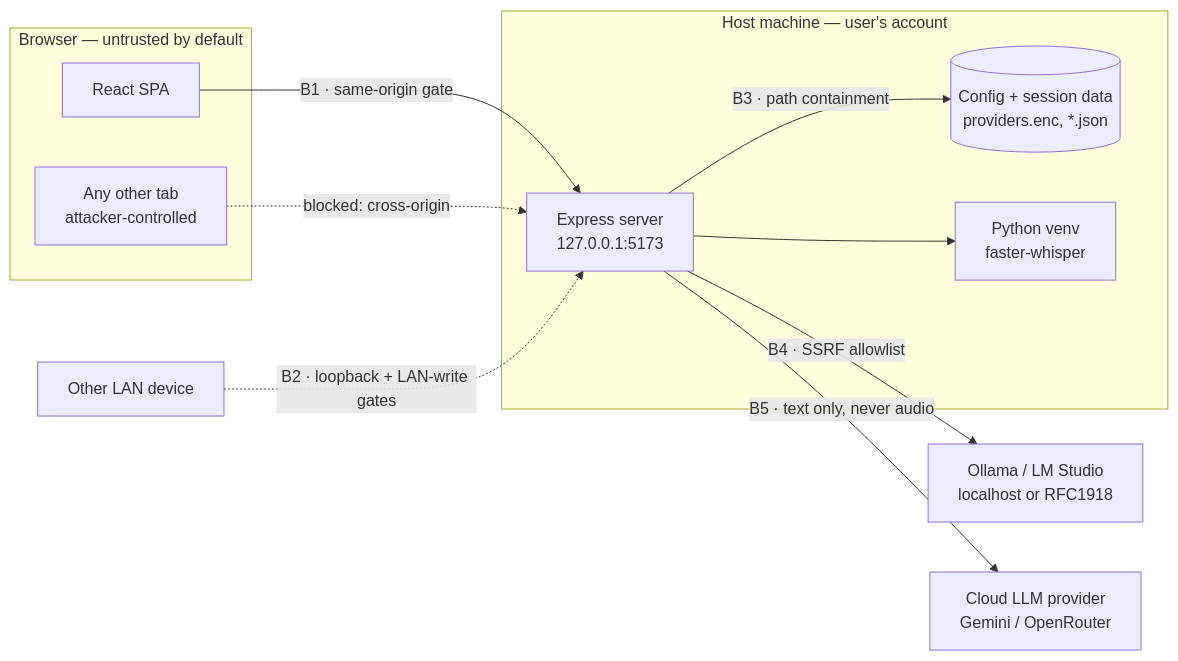
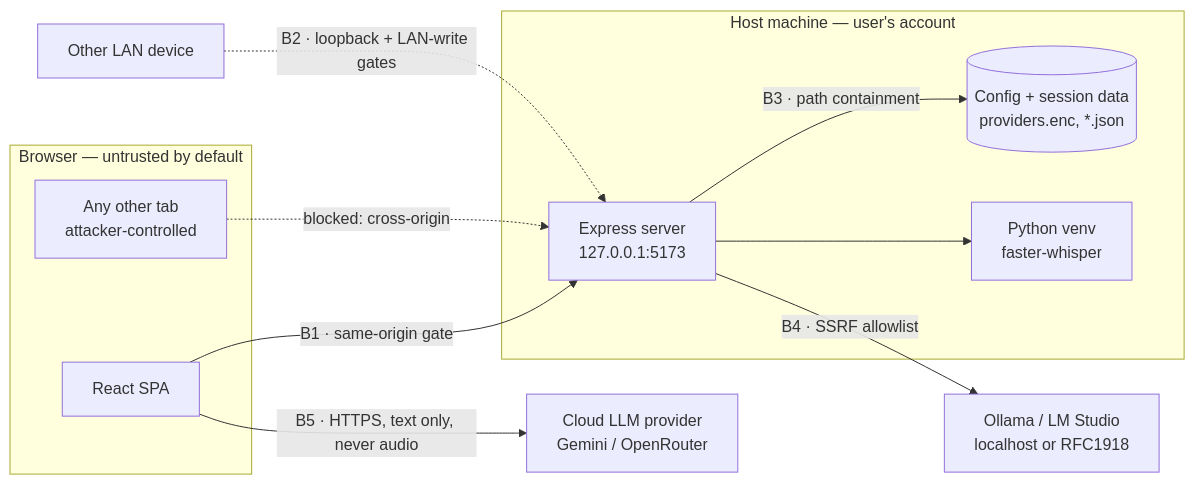
One commit to KochiTusker/Tusks-Tomes changed the first of 2 diagrams in .github/security-architecture.md. Above: the diagram before and after it, drawn with Mermaid. The commit also changed other lines of this file and 242 other files, not shown here.

````diff
--- a/.github/security-architecture.md
+++ b/.github/security-architecture.md
@@ -28,26 +28,26 @@
 ```mermaid
 flowchart LR
     subgraph browser["Browser — untrusted by default"]
         spa["React SPA"]
         evil["Any other tab<br/>attacker-controlled"]
     end
 
     visitor["Other LAN device"]
 
     subgraph host["Host machine — user's account"]
         express["Express server<br/>127.0.0.1:5173"]
         disk[("Config + session data<br/>providers.enc, *.json")]
         venv["Python venv<br/>faster-whisper"]
     end
 
     runner["Ollama / LM Studio<br/>localhost or RFC1918"]
     cloud["Cloud LLM provider<br/>Gemini / OpenRouter"]
 
     spa -->|"B1 · same-origin gate"| express
     evil -.->|"blocked: cross-origin"| express
     visitor -.->|"B2 · loopback + LAN-write gates"| express
     express -->|"B3 · path containment"| disk
     express -->|"B4 · SSRF allowlist"| runner
-    express -->|"B5 · text only, never audio"| cloud
+    spa -->|"B5 · HTTPS, text only, never audio"| cloud
     express --> venv
 ```
````
